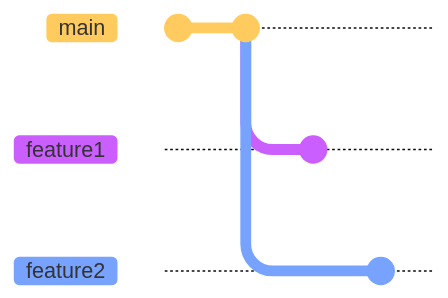
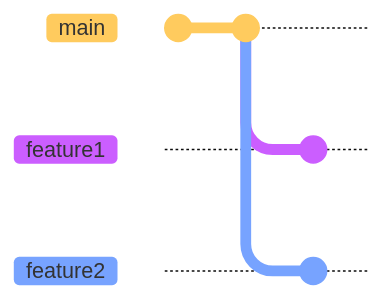
Before and after one commit to mikelorant/from-ticket-to-pull-request: the second of 6 diagrams in pages/do-the-change.md, drawn with Mermaid. The commit also changed other lines of this file and 2 other files, not shown here. Commit ids are hidden.

First line of the commit message:
Simplify process for new commits

````diff
--- a/pages/do-the-change.md
+++ b/pages/do-the-change.md
@@ -80,12 +80,12 @@
 ```mermaid {scale: 0.8}
-%%{init: {'theme': 'base', 'gitGraph': {'showCommitLabel': false}} }%%
+%%{init: {'theme': 'base', 'gitGraph': {'showCommitLabel': false, 'parallelCommits': true}} }%%
 
 gitGraph
   commit
   commit
   branch feature1
   commit
   checkout main
   branch feature2
   commit
 ```
````
